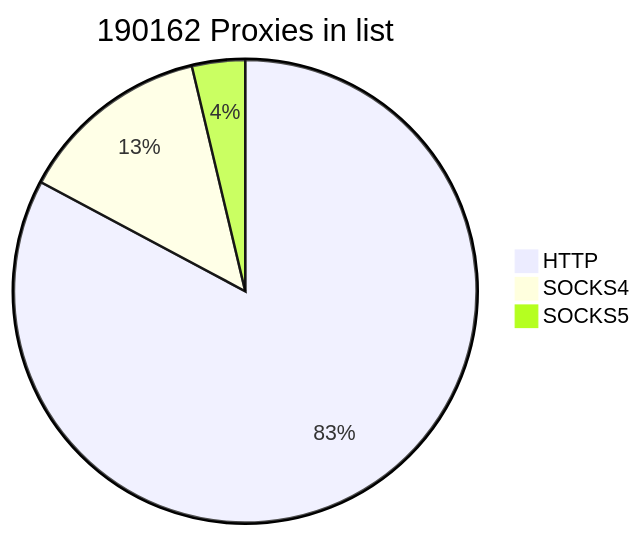
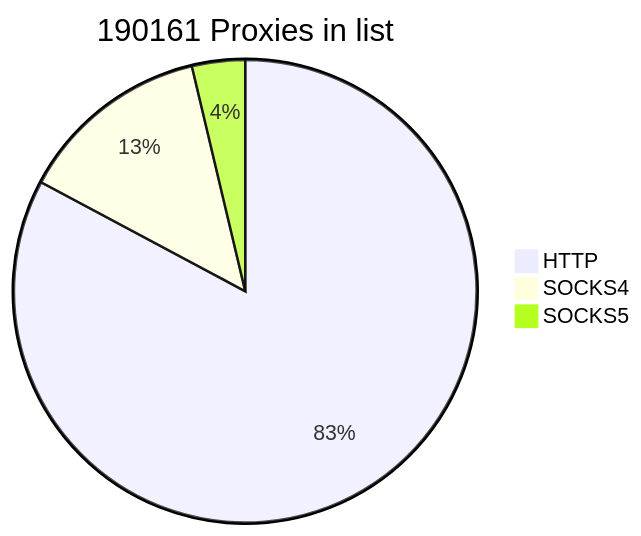
One commit to cutipu/proxylist changed the first of 2 diagrams in README.md. Above: the diagram before and after it, drawn with Mermaid. The commit also changed other lines of this file, not shown here.

````diff
--- a/README.md
+++ b/README.md
@@ -2,7 +2,7 @@
 ```mermaid
-pie title 190162 Proxies in list
-    "HTTP" : 157465
+pie title 190161 Proxies in list
+    "HTTP" : 157464
     "SOCKS4" : 25644
     "SOCKS5" : 7053
             
 ```
````
